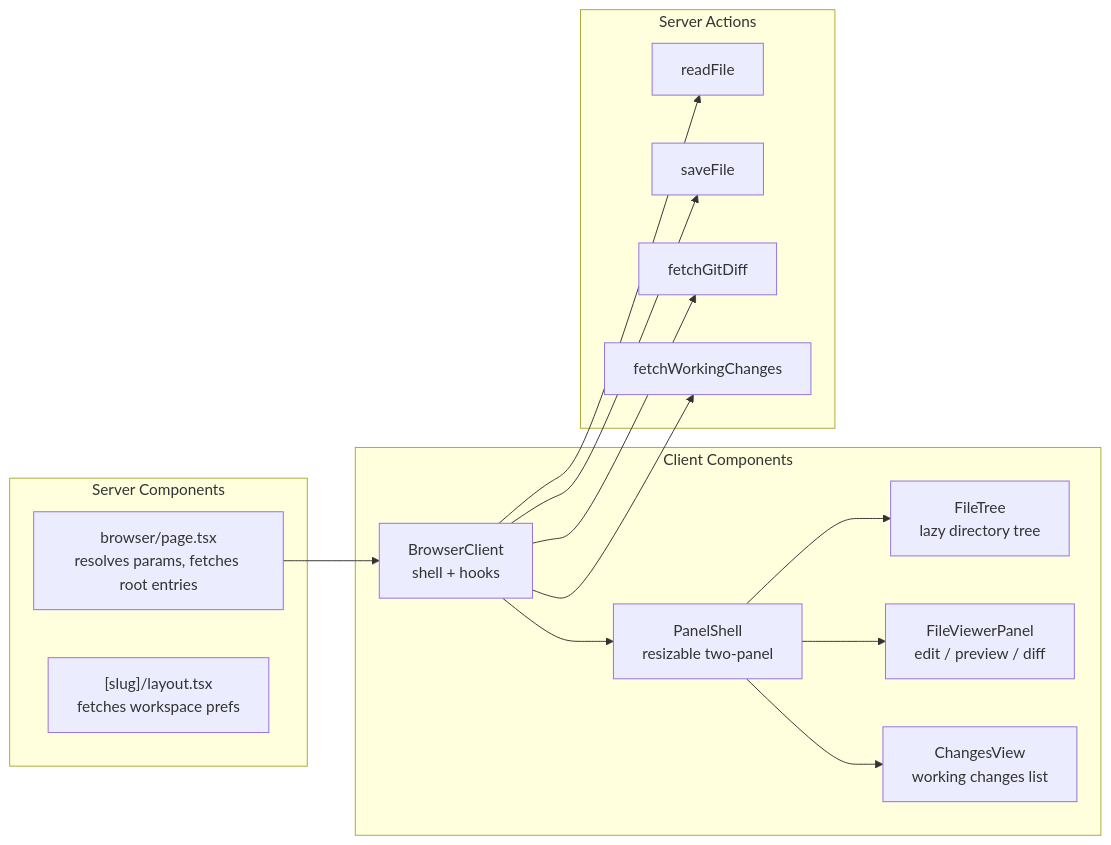
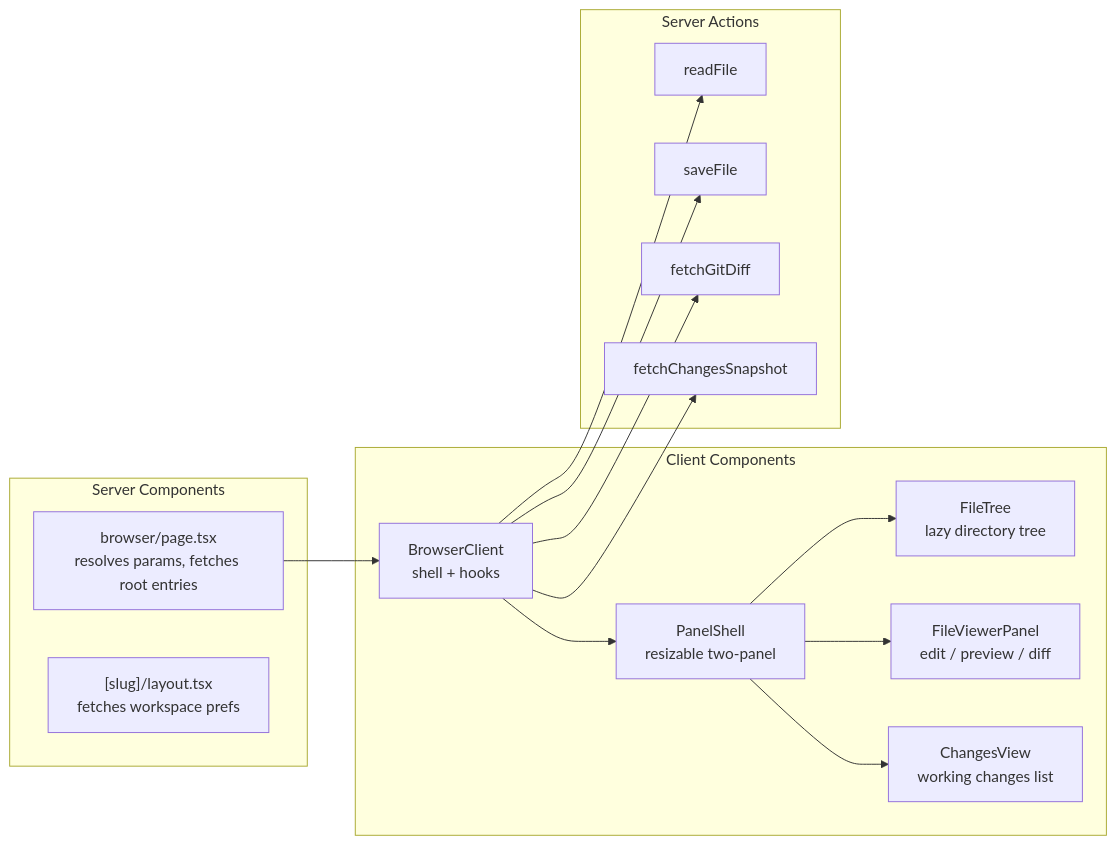
One commit to AI-Substrate/chainglass changed the diagram in docs/how/file-browser.md. Above: the diagram before and after it, drawn with Mermaid. The commit also changed other lines of this file and 13 other files, not shown here.

````diff
--- a/docs/how/file-browser.md
+++ b/docs/how/file-browser.md
@@ -17,32 +17,32 @@
 ```mermaid
 flowchart LR
     subgraph Server["Server Components"]
         Page["browser/page.tsx<br/>resolves params, fetches root entries"]
         Layout["[slug]/layout.tsx<br/>fetches workspace prefs"]
     end
 
     subgraph Client["Client Components"]
         BC["BrowserClient<br/>shell + hooks"]
         PS["PanelShell<br/>resizable two-panel"]
         FT["FileTree<br/>lazy directory tree"]
         FVP["FileViewerPanel<br/>edit / preview / diff"]
         CV["ChangesView<br/>working changes list"]
     end
 
     subgraph Services["Server Actions"]
         RF["readFile"]
         SF["saveFile"]
         GD["fetchGitDiff"]
-        WC["fetchWorkingChanges"]
+        WC["fetchChangesSnapshot"]
     end
 
     Page --> BC
     BC --> PS
     PS --> FT
     PS --> FVP
     PS --> CV
     BC --> RF
     BC --> SF
     BC --> GD
     BC --> WC
 ```
````
